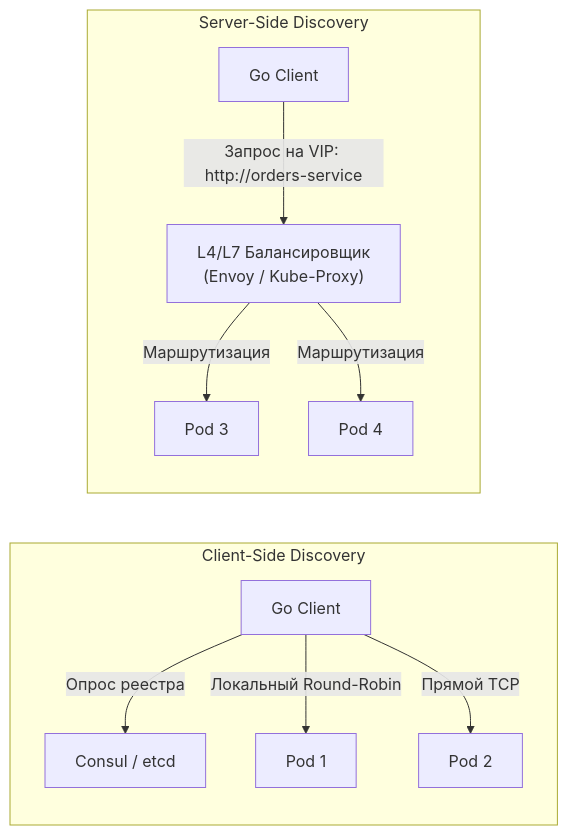
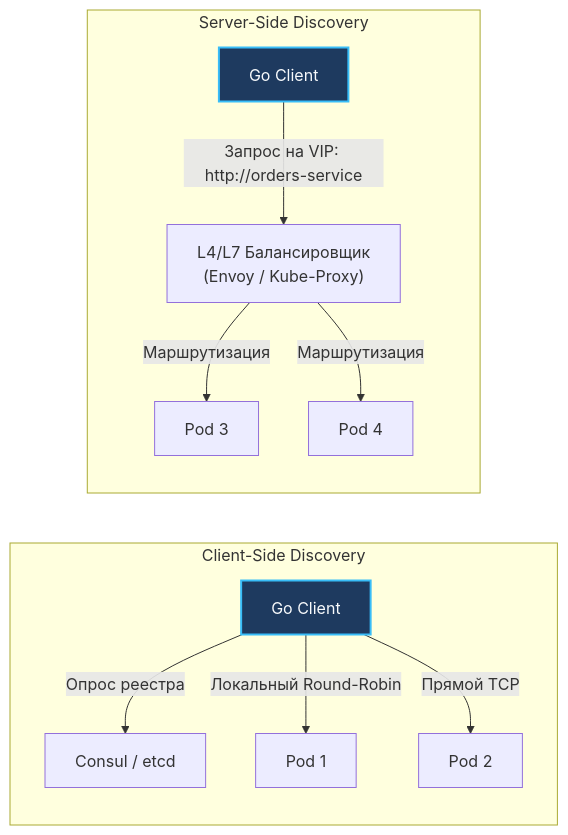
The second of 3 diagrams in sources/3. Компьютерные сети и сетевой стек/30. Service Discovery и балансировка в микросервисах.md (UnrealTemplier/go-textbook), drawn with Mermaid before and after one commit. The commit also changed other lines of this file and 1666 other files, not shown here.

First line of the commit message:
feat(mermaid): add semantic color classDef to 1369 colorless flowchart/graph diagrams

````diff
--- a/sources/3. Компьютерные сети и сетевой стек/30. Service Discovery и балансировка в микросервисах.md
+++ b/sources/3. Компьютерные сети и сетевой стек/30. Service Discovery и балансировка в микросервисах.md
@@ -36,14 +46,24 @@
 ```mermaid
 flowchart LR
+    classDef process  fill:#1e293b,stroke:#38bdf8,stroke-width:1px,color:#f8fafc
+    classDef success  fill:#064e3b,stroke:#34d399,stroke-width:1px,color:#f8fafc
+    classDef error    fill:#7f1d1d,stroke:#f87171,stroke-width:1px,color:#f8fafc
+    classDef warning  fill:#78350f,stroke:#fbbf24,stroke-width:1px,color:#f8fafc
+    classDef entry    fill:#1e3a5f,stroke:#38bdf8,stroke-width:2px,color:#f8fafc
+    classDef aux      fill:#334155,stroke:#64748b,stroke-width:1px,color:#f8fafc
+    classDef system   fill:#312e81,stroke:#a78bfa,stroke-width:1px,color:#f8fafc
+    classDef data     fill:#132d29,stroke:#2dd4bf,stroke-width:1px,color:#f8fafc
+    classDef network  fill:#881337,stroke:#fb7185,stroke-width:1px,color:#f8fafc
+    classDef accent   fill:#1e1b4b,stroke:#818cf8,stroke-width:1px,color:#f8fafc
     subgraph ClientSide ["Client-Side Discovery"]
-        C1["Go Client"] -->|"Опрос реестра"| Reg1["Consul / etcd"]
+        C1["Go Client"]:::entry -->|"Опрос реестра"| Reg1["Consul / etcd"]
         C1 -->|"Локальный Round-Robin"| P1["Pod 1"]
         C1 -->|"Прямой TCP"| P2["Pod 2"]
     end
 
     subgraph ServerSide ["Server-Side Discovery"]
-        C2["Go Client"] -->|"Запрос на VIP: http://orders-service"| LB["L4/L7 Балансировщик<br/>(Envoy / Kube-Proxy)"]
+        C2["Go Client"]:::entry -->|"Запрос на VIP: http://orders-service"| LB["L4/L7 Балансировщик<br/>(Envoy / Kube-Proxy)"]
         LB -->|"Маршрутизация"| P3["Pod 3"]
         LB -->|"Маршрутизация"| P4["Pod 4"]
     end
 ```
````
